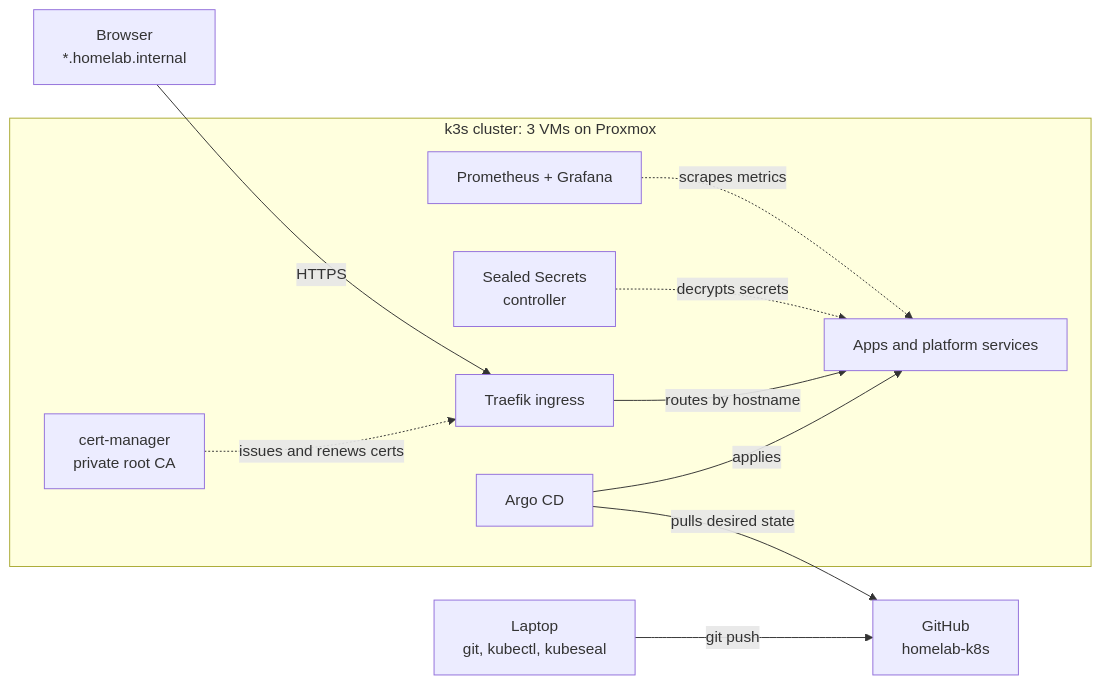
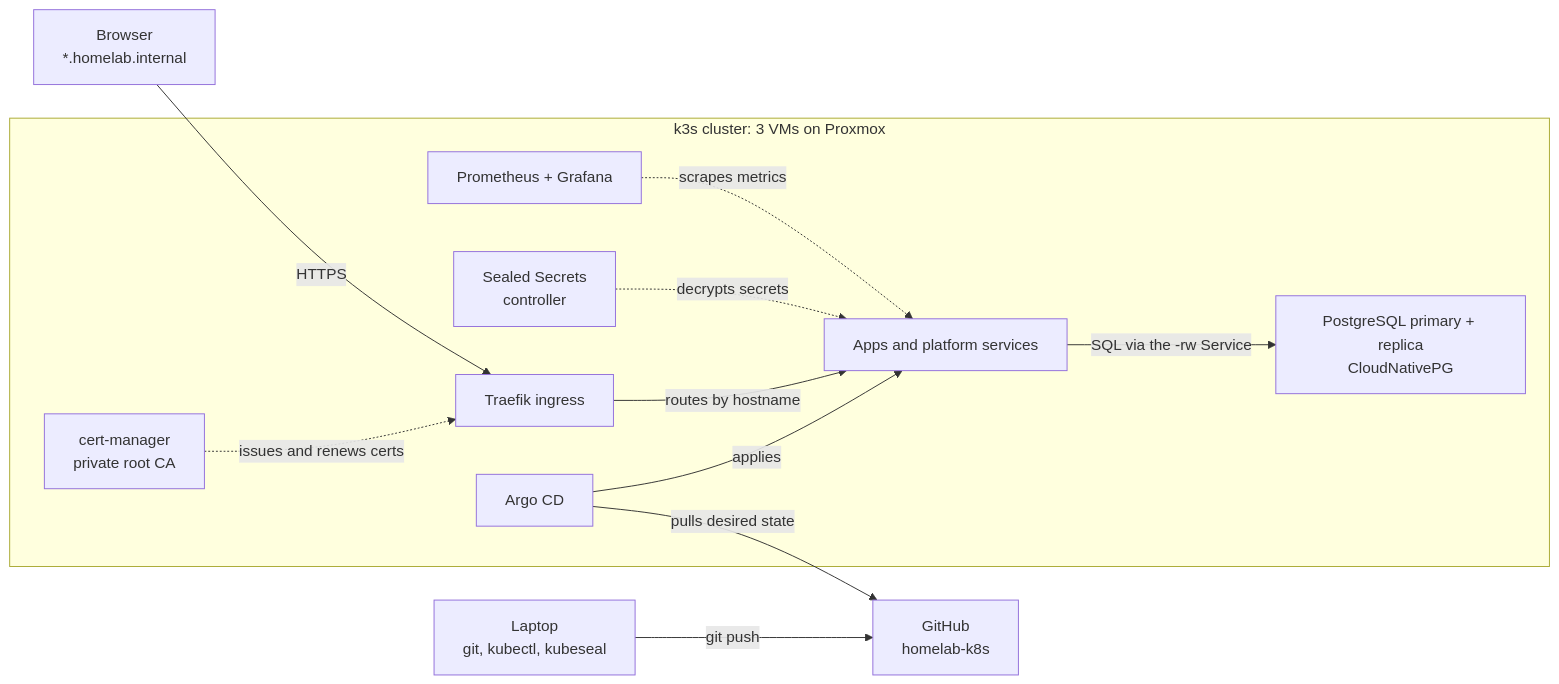
One commit to ivanwe2/homelab-k8s changed the diagram in README.md. Above: the diagram before and after it, drawn with Mermaid. The commit also changed other lines of this file and 1 other file, not shown here.

````diff
--- a/README.md
+++ b/README.md
@@ -20,13 +21,14 @@
 ```mermaid
 flowchart LR
   dev["Laptop<br/>git, kubectl, kubeseal"] -->|git push| gh["GitHub<br/>homelab-k8s"]
   subgraph cluster["k3s cluster: 3 VMs on Proxmox"]
     argo["Argo CD"] -->|applies| apps["Apps and platform services"]
     traefik["Traefik ingress"] -->|routes by hostname| apps
     cm["cert-manager<br/>private root CA"] -.->|issues and renews certs| traefik
     ss["Sealed Secrets<br/>controller"] -.->|decrypts secrets| apps
     prom["Prometheus + Grafana"] -.->|scrapes metrics| apps
+    apps -->|"SQL via the -rw Service"| pg["PostgreSQL primary + replica<br/>CloudNativePG"]
   end
   argo -->|pulls desired state| gh
   user["Browser<br/>*.homelab.internal"] -->|HTTPS| traefik
 ```
````
